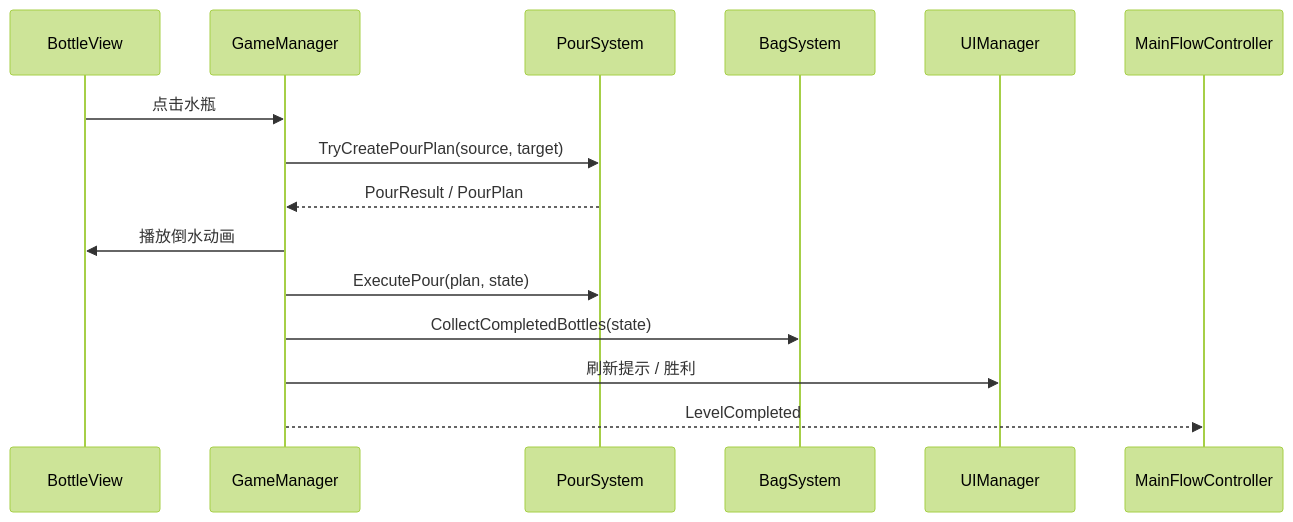
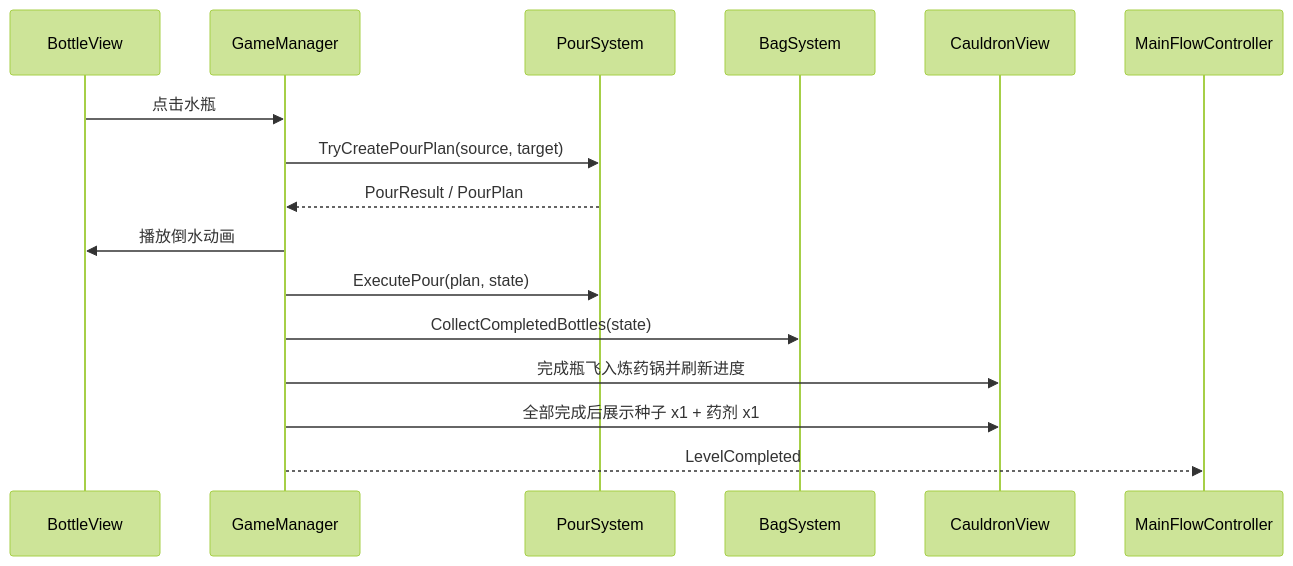
The second of 2 diagrams in docs/04_架构文档.md (stanleyLKJ/water-sort-game), drawn with Mermaid (forest theme) before and after one commit. The commit also changed other lines of this file and 412 other files, not shown here.

````diff
--- a/docs/04_架构文档.md
+++ b/docs/04_架构文档.md
@@ -338,18 +618,19 @@
 ```mermaid
 sequenceDiagram
     participant BV as BottleView
     participant GM as GameManager
     participant PS as PourSystem
     participant BS as BagSystem
-    participant UI as UIManager
+    participant CV as CauldronView
     participant MF as MainFlowController
 
     BV->>GM: 点击水瓶
     GM->>PS: TryCreatePourPlan(source, target)
     PS-->>GM: PourResult / PourPlan
     GM->>BV: 播放倒水动画
     GM->>PS: ExecutePour(plan, state)
     GM->>BS: CollectCompletedBottles(state)
-    GM->>UI: 刷新提示 / 胜利
+    GM->>CV: 完成瓶飞入炼药锅并刷新进度
+    GM->>CV: 全部完成后展示种子 x1 + 药剂 x1
     GM-->>MF: LevelCompleted
 ```
````
